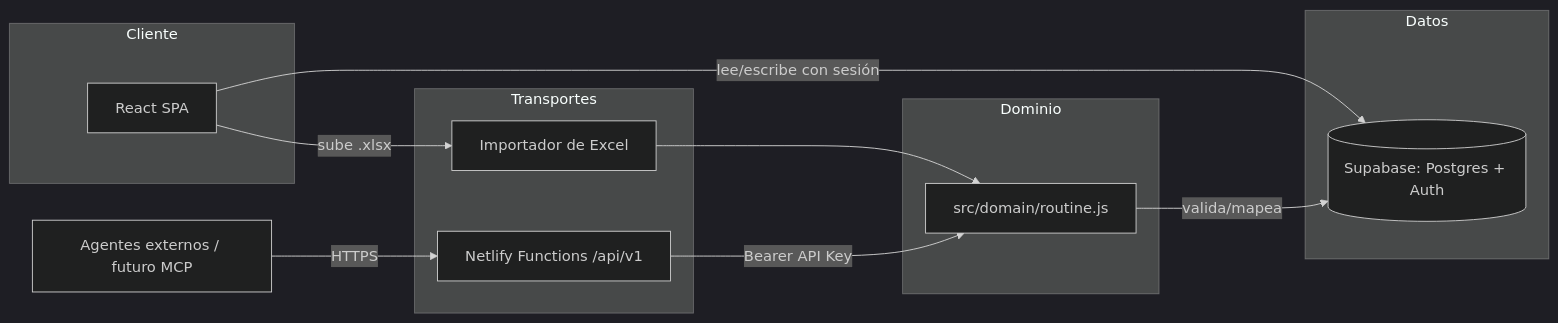
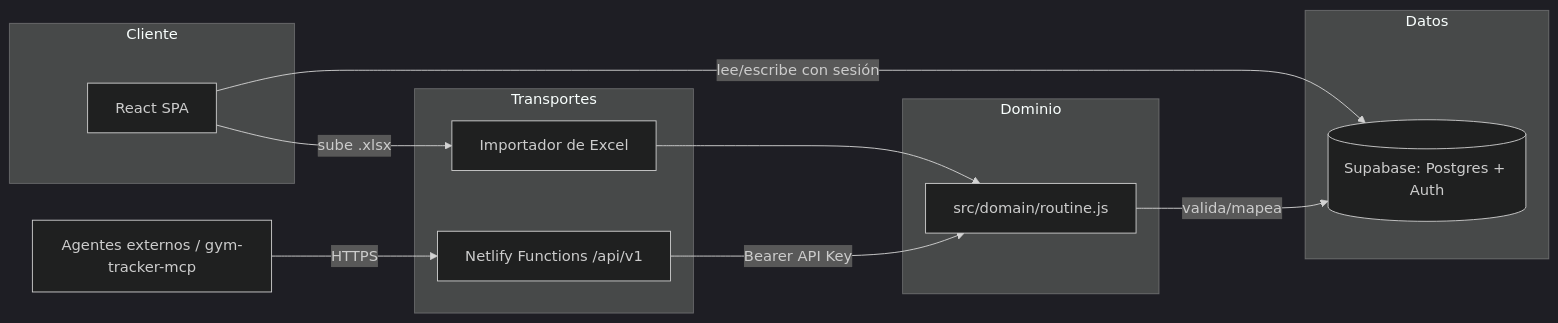
The diagram in README.md (speranza5/gym-tracker), drawn with Mermaid (dark theme) before and after one commit. The commit also changed other lines of this file and 5 other files, not shown here.

First line of the commit message:
Add an in-app guide for connecting Claude and ChatGPT to Open Tracker via MCP

````diff
--- a/README.md
+++ b/README.md
@@ -72,23 +72,23 @@
 ```mermaid
 flowchart LR
     subgraph Cliente
         UI[React SPA]
     end
     subgraph Dominio
         DOM[src/domain/routine.js]
     end
     subgraph Transportes
         EXCEL[Importador de Excel]
         API[Netlify Functions /api/v1]
     end
     subgraph Datos
         SB[(Supabase: Postgres + Auth)]
     end
-    AGENTS[Agentes externos / futuro MCP]
+    AGENTS[Agentes externos / gym-tracker-mcp]
 
     UI -- sube .xlsx --> EXCEL --> DOM
     UI -- lee/escribe con sesión --> SB
     DOM -- valida/mapea --> SB
     API -- Bearer API Key --> DOM
     AGENTS -- HTTPS --> API
 ```
````
